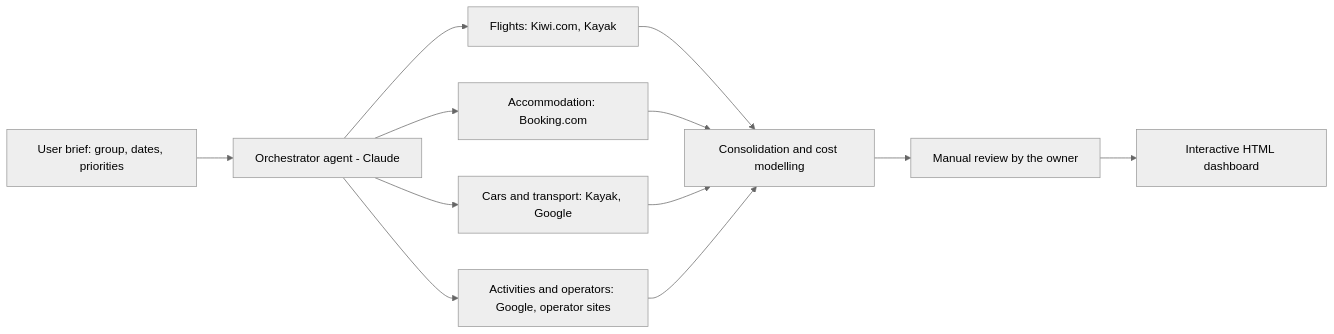
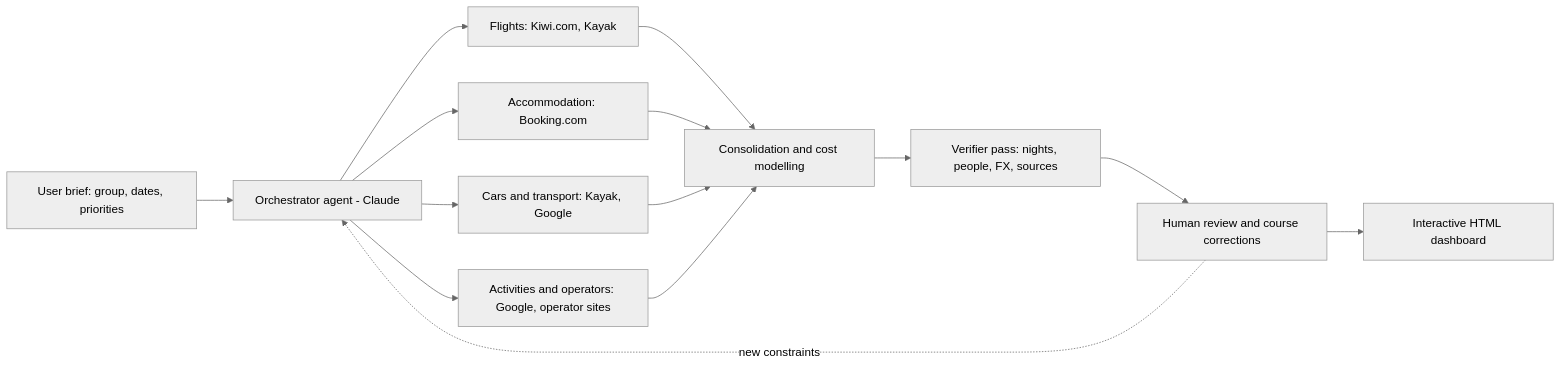
Before and after one commit to alejandrovinuesa/voyageplanner_lapland_2027: the diagram in README.md, drawn with Mermaid (neutral theme). The commit also changed other lines of this file and 2 other files, not shown here.

````diff
--- a/README.md
+++ b/README.md
@@ -31,14 +31,16 @@
 ```mermaid
 flowchart LR
     A[User brief: group, dates, priorities] --> B[Orchestrator agent - Claude]
     B --> C1[Flights: Kiwi.com, Kayak]
     B --> C2[Accommodation: Booking.com]
     B --> C3[Cars and transport: Kayak, Google]
     B --> C4[Activities and operators: Google, operator sites]
     C1 --> D[Consolidation and cost modelling]
     C2 --> D
     C3 --> D
     C4 --> D
-    D --> E[Manual review by the owner]
+    D --> V[Verifier pass: nights, people, FX, sources]
+    V --> E[Human review and course corrections]
     E --> F[Interactive HTML dashboard]
+    E -. new constraints .-> B
 ```
````
